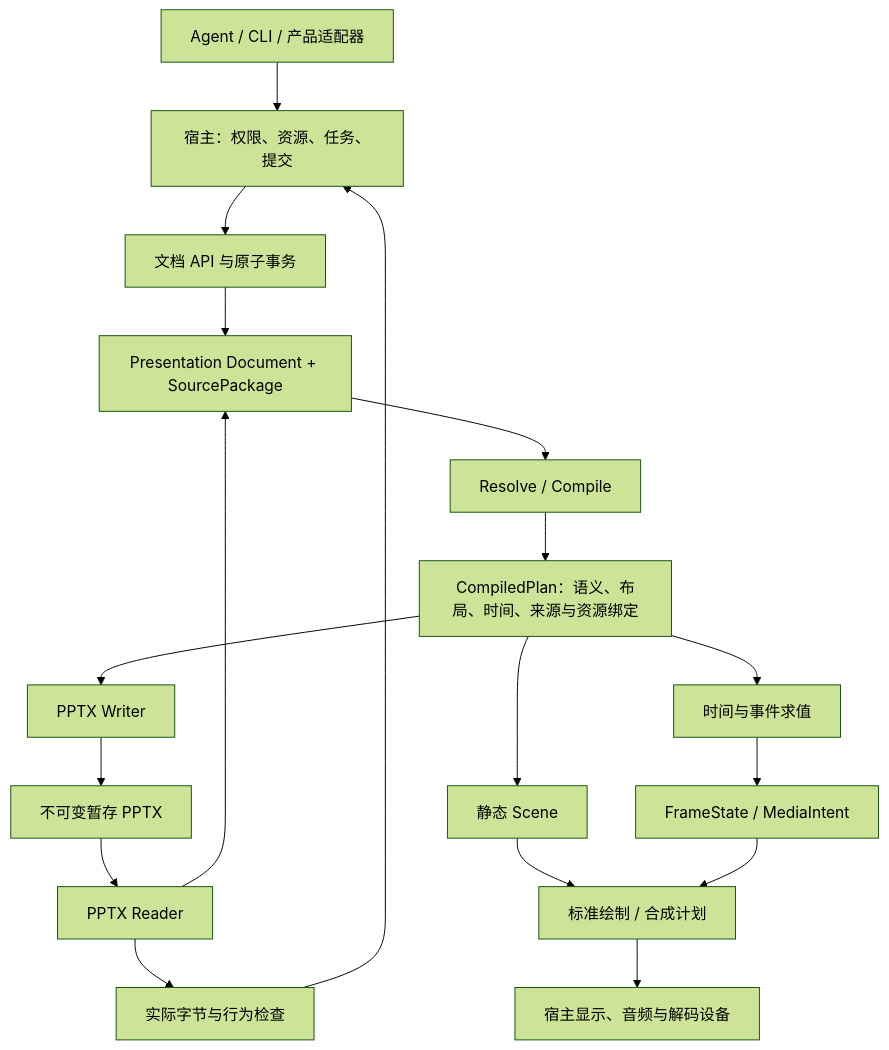
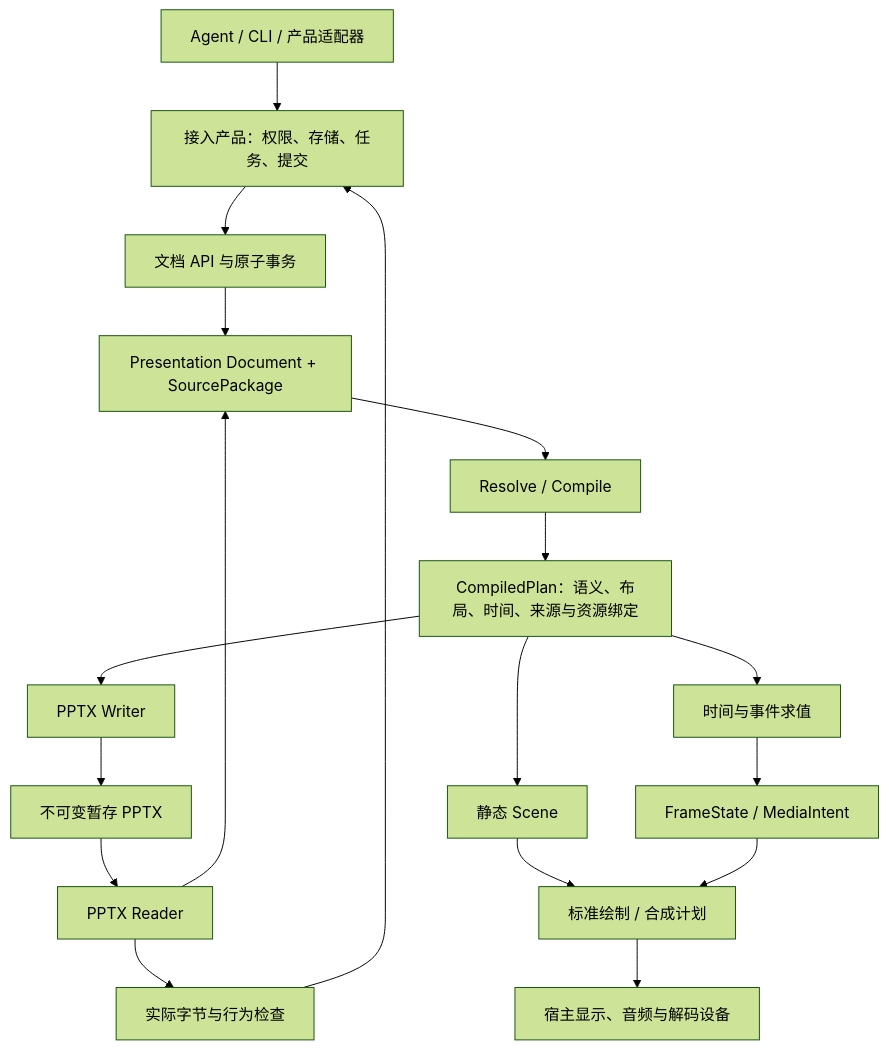
One commit to wanquanY/MusterOffice changed the diagram in docs/design/presentations.md. Above: the diagram before and after it, drawn with Mermaid (forest theme). The commit also changed other lines of this file and 18 other files, not shown here.

First line of the commit message:
docs(architecture): adopt computation-only integration ownership

````diff
--- a/docs/design/presentations.md
+++ b/docs/design/presentations.md
@@ -44,20 +44,20 @@
 ```mermaid
 flowchart TD
-  A[Agent / CLI / 产品适配器] --> H[宿主：权限、资源、任务、提交]
+  A[Agent / CLI / 产品适配器] --> H[接入产品：权限、存储、任务、提交]
   H --> K[文档 API 与原子事务]
   P[PPTX Reader] --> D[Presentation Document + SourcePackage]
   K --> D
   D --> C[Resolve / Compile]
   C --> L[CompiledPlan：语义、布局、时间、来源与资源绑定]
   L --> W[PPTX Writer]
   L --> T[时间与事件求值]
   L --> S[静态 Scene]
   T --> F[FrameState / MediaIntent]
   S --> R[标准绘制 / 合成计划]
   F --> R
   R --> V[宿主显示、音频与解码设备]
   W --> O[不可变暂存 PPTX]
   O --> P
   P --> Q[实际字节与行为检查]
   Q --> H
 ```
````
